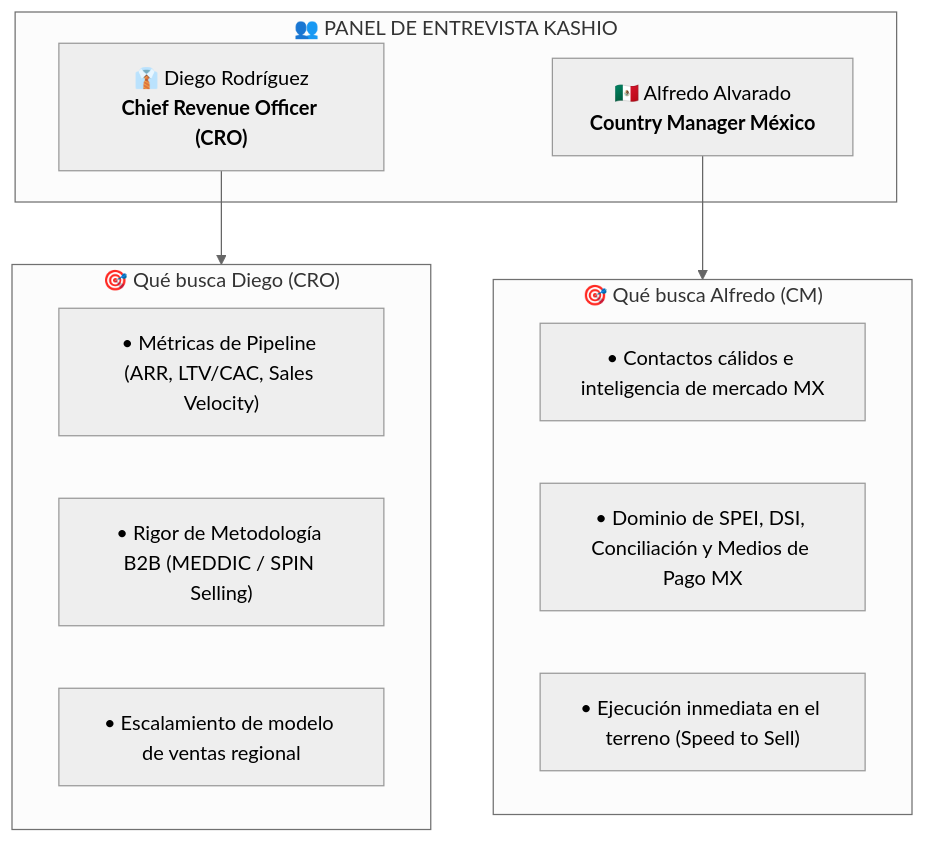
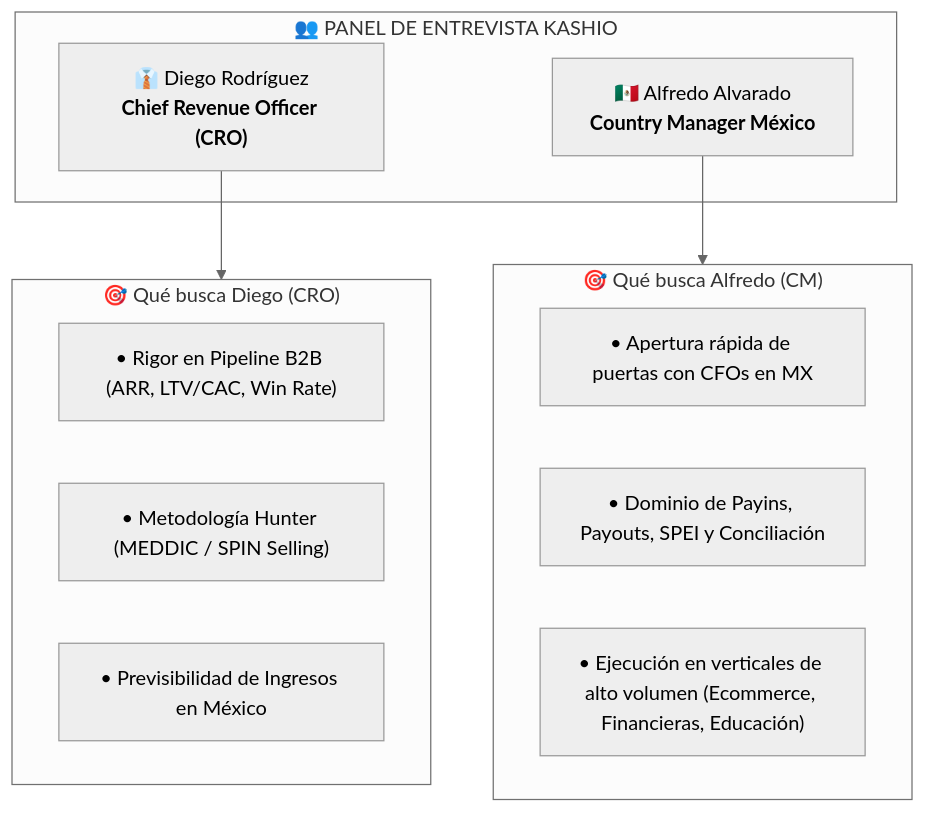
One commit to agutierrez11/mis-agentes-y-skills changed the diagram in ENTREVISTA_KASHIO_PLAYBOOK_ANTONIO.md. Above: the diagram before and after it, drawn with Mermaid (neutral theme). The commit also changed other lines of this file, not shown here.

````diff
--- a/ENTREVISTA_KASHIO_PLAYBOOK_ANTONIO.md
+++ b/ENTREVISTA_KASHIO_PLAYBOOK_ANTONIO.md
@@ -10,22 +21,22 @@
 ```mermaid
 graph TD
     subgraph PANEL ["👥 PANEL DE ENTREVISTA KASHIO"]
         A["👔 Diego Rodríguez<br/><b>Chief Revenue Officer (CRO)</b>"]
         B["🇲🇽 Alfredo Alvarado<br/><b>Country Manager México</b>"]
     end
 
     subgraph ENFOQUE_DIEGO ["🎯 Qué busca Diego (CRO)"]
-        A1["• Métricas de Pipeline (ARR, LTV/CAC, Sales Velocity)"]
-        A2["• Rigor de Metodología B2B (MEDDIC / SPIN Selling)"]
-        A3["• Escalamiento de modelo de ventas regional"]
+        A1["• Rigor en Pipeline B2B (ARR, LTV/CAC, Win Rate)"]
+        A2["• Metodología Hunter (MEDDIC / SPIN Selling)"]
+        A3["• Previsibilidad de Ingresos en México"]
     end
 
     subgraph ENFOQUE_ALFREDO ["🎯 Qué busca Alfredo (CM)"]
-        B1["• Contactos cálidos e inteligencia de mercado MX"]
-        B2["• Dominio de SPEI, DSI, Conciliación y Medios de Pago MX"]
-        B3["• Ejecución inmediata en el terreno (Speed to Sell)"]
+        B1["• Apertura rápida de puertas con CFOs en MX"]
+        B2["• Dominio de Payins, Payouts, SPEI y Conciliación"]
+        B3["• Ejecución en verticales de alto volumen (Ecommerce, Financieras, Educación)"]
     end
 
     A --> ENFOQUE_DIEGO
     B --> ENFOQUE_ALFREDO
 ```
````
